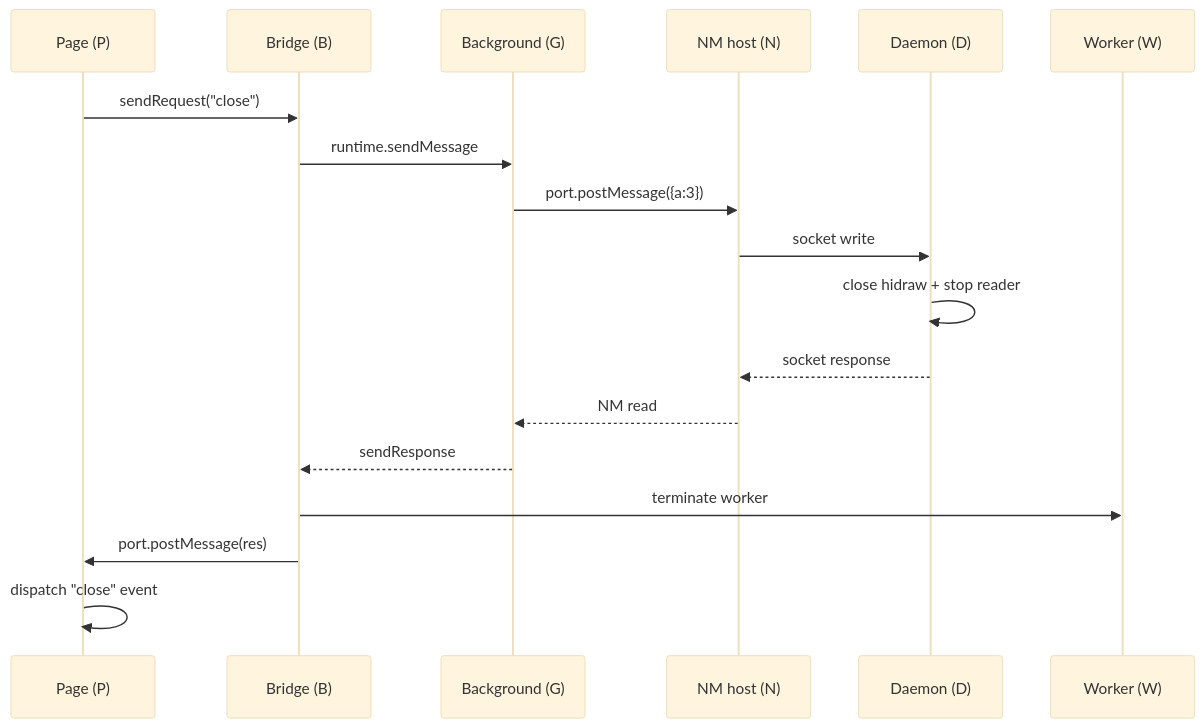
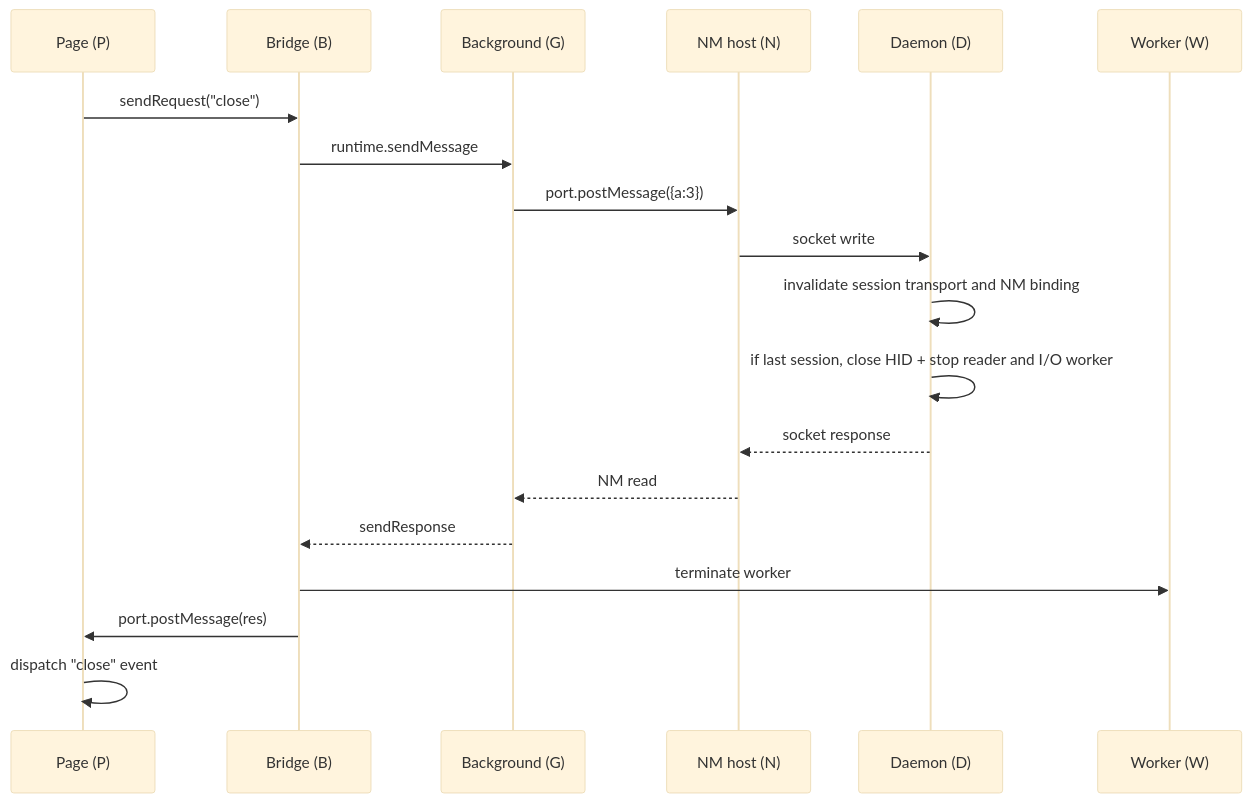
Diagram 11 of 16 in docs/DATA_PATH.md (K4zoku/FF-WebHID), drawn with Mermaid (base theme) before and after one commit. The commit also changed other lines of this file and 4 other files, not shown here.

````diff
--- a/docs/DATA_PATH.md
+++ b/docs/DATA_PATH.md
@@ -559,21 +566,22 @@
 ```mermaid
 sequenceDiagram
     participant P as Page (P)
     participant B as Bridge (B)
     participant G as Background (G)
     participant N as NM host (N)
     participant D as Daemon (D)
     participant W as Worker (W)
 
     P->>B: sendRequest("close")
     B->>G: runtime.sendMessage
     G->>N: port.postMessage({a:3})
     N->>D: socket write
-    D->>D: close hidraw + stop reader
+    D->>D: invalidate session transport and NM binding
+    D->>D: if last session, close HID + stop reader and I/O worker
     D-->>N: socket response
     N-->>G: NM read
     G-->>B: sendResponse
     B->>W: terminate worker
     B->>P: port.postMessage(res)
     P->>P: dispatch "close" event
 ```
````
